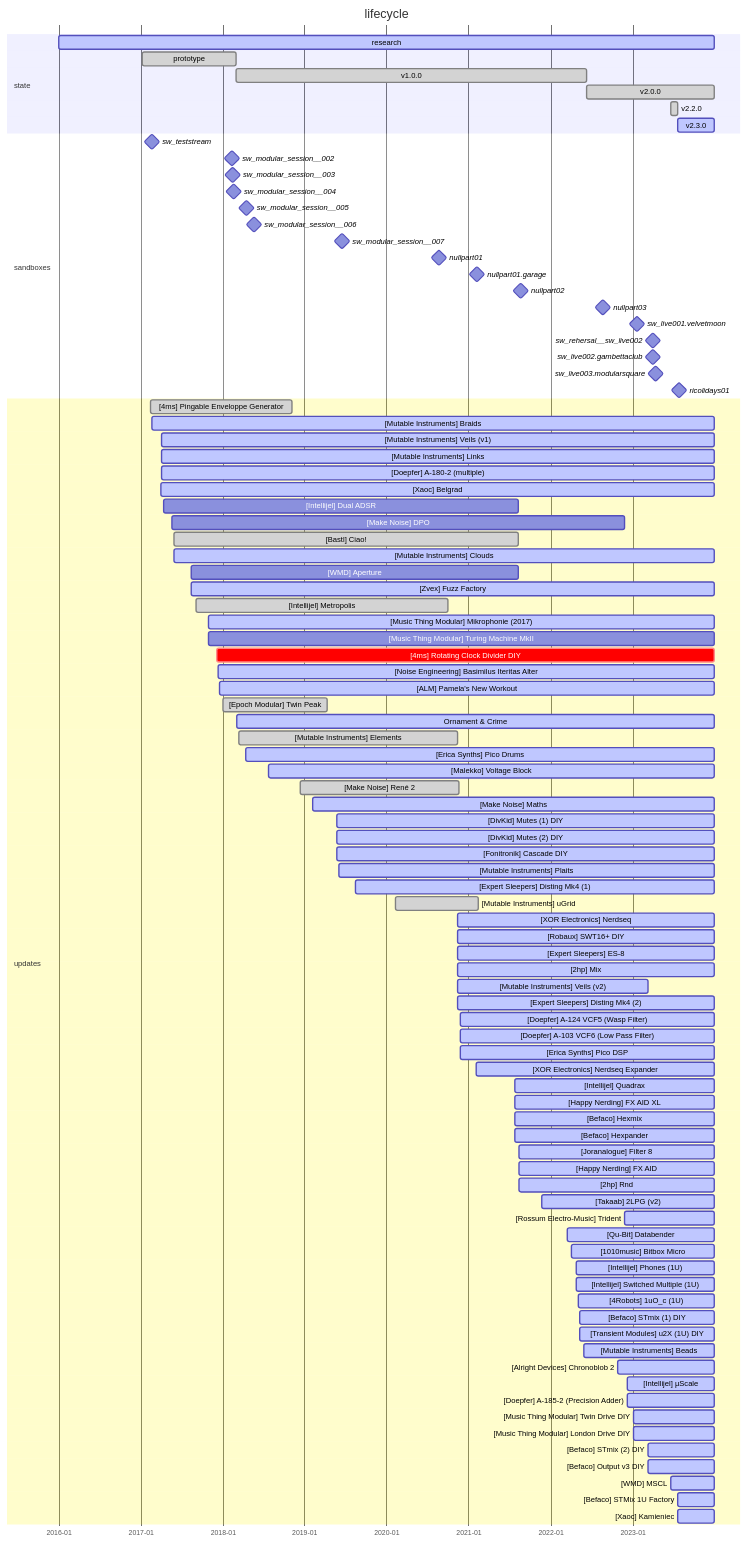
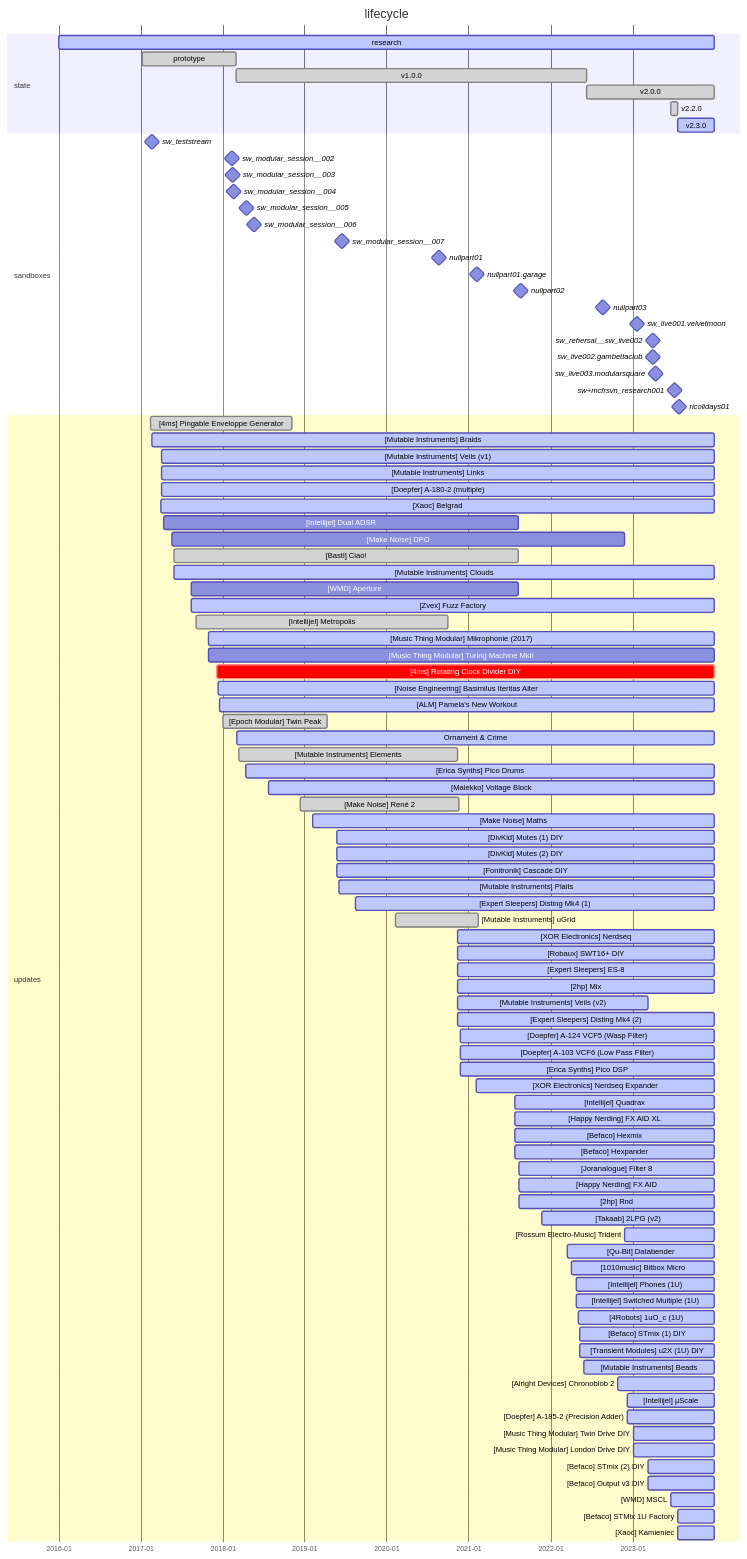
One commit to bill-of-materials/data changed the diagram in ARTIFACTS/RTF-0001/RTF-0001.md. Above: the diagram before and after it, drawn with Mermaid. The commit also changed 5 other files, not shown here.

```diff
--- a/ARTIFACTS/RTF-0001/RTF-0001.md
+++ b/ARTIFACTS/RTF-0001/RTF-0001.md
@@ -49,6 +49,7 @@
   sw_rehersal__sw_live002      :milestone, 2023-03-31, 1d
   sw_live002.gambettaclub      :milestone, 2023-03-31, 1d
   sw_live003.modularsquare     :milestone, 2023-04-13, 1d
+  sw+mcfrsvn_research001       :milestone, 2023-07-07, 2d
   ricolidays01                 :milestone, 2023-07-24, 2023-07-31
 
   section updates
```
